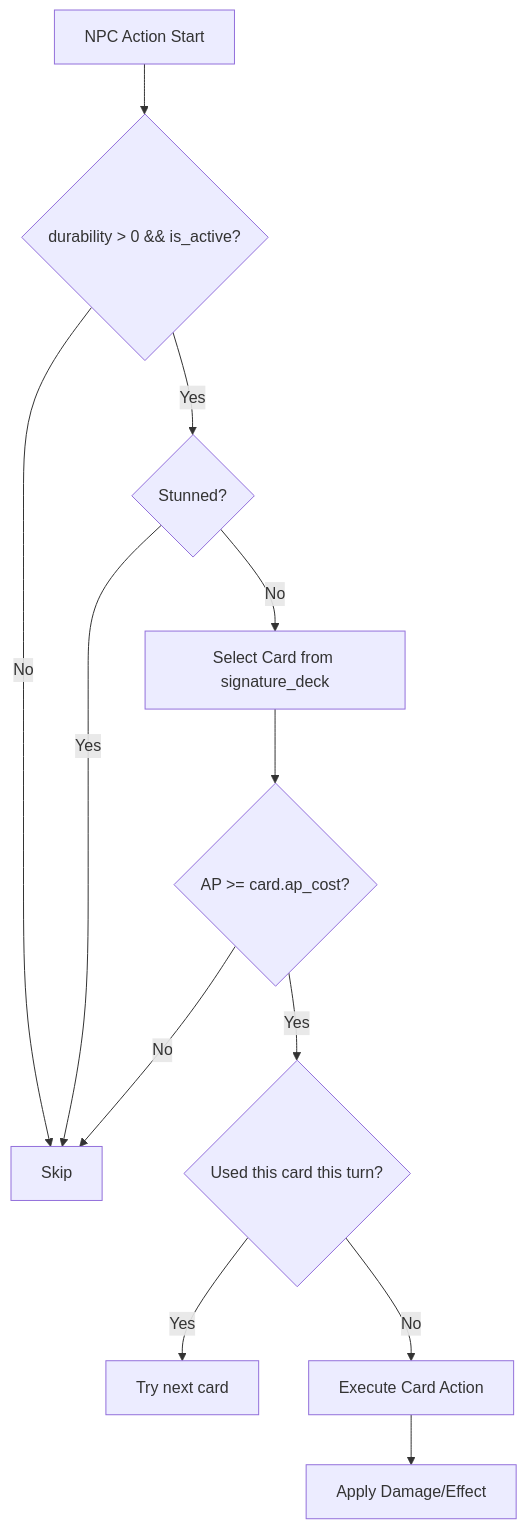
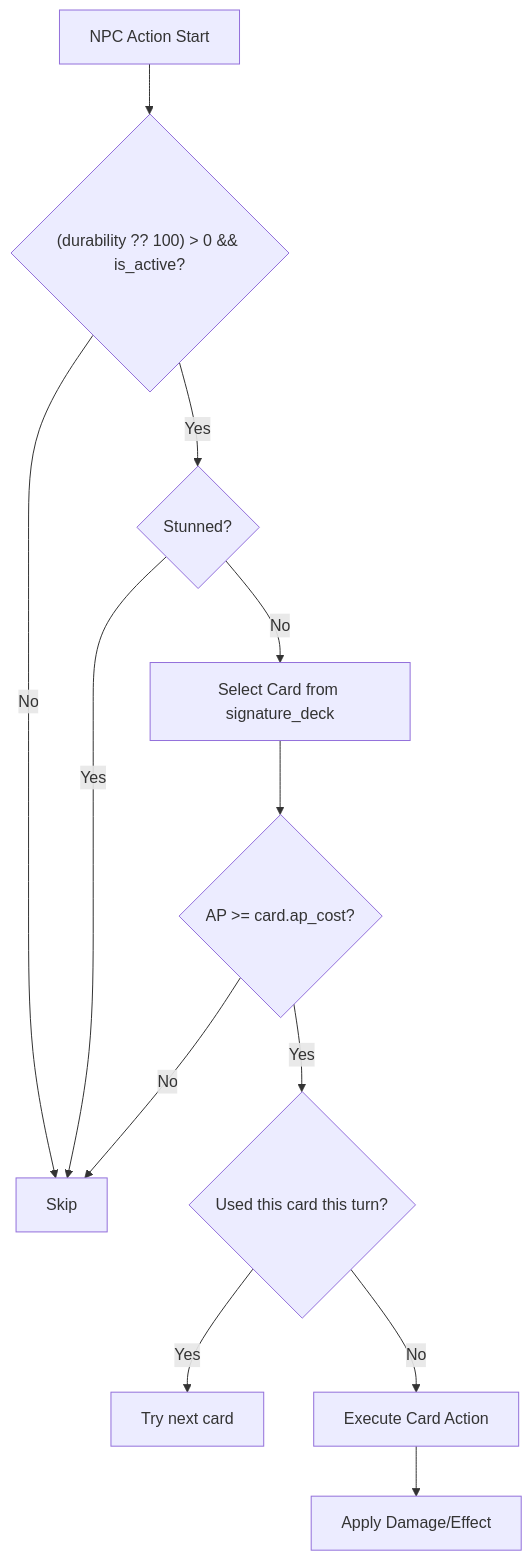
Before and after one commit to kiyoshikitamura/code-wirth-dawn: the diagram in docs/spec_v3_addendum_npc_ai.md, drawn with Mermaid. The commit also changed other lines of this file and 131 other files, not shown here.

````diff
--- a/docs/spec_v3_addendum_npc_ai.md
+++ b/docs/spec_v3_addendum_npc_ai.md
@@ -52,14 +53,14 @@
 ```mermaid
 flowchart TD
-    Start["NPC Action Start"] --> CheckAlive{"durability > 0 && is_active?"}
+    Start["NPC Action Start"] --> CheckAlive{"(durability ?? 100) > 0 && is_active?"}
     CheckAlive -->|No| Skip["Skip"]
     CheckAlive -->|Yes| CheckStun{"Stunned?"}
     CheckStun -->|Yes| Skip
     CheckStun -->|No| SelectCard["Select Card from signature_deck"]
     SelectCard --> CheckAP{"AP >= card.ap_cost?"}
     CheckAP -->|No| Skip
     CheckAP -->|Yes| CheckUsed{"Used this card this turn?"}
     CheckUsed -->|Yes| TryAnother["Try next card"]
     CheckUsed -->|No| Execute["Execute Card Action"]
     Execute --> ApplyDamage["Apply Damage/Effect"]
 ```
````
